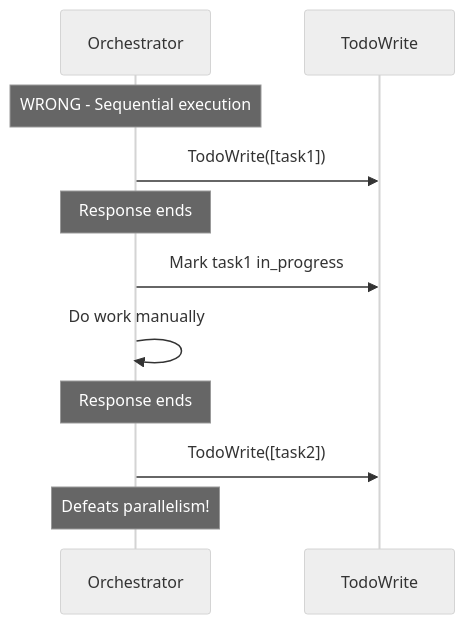
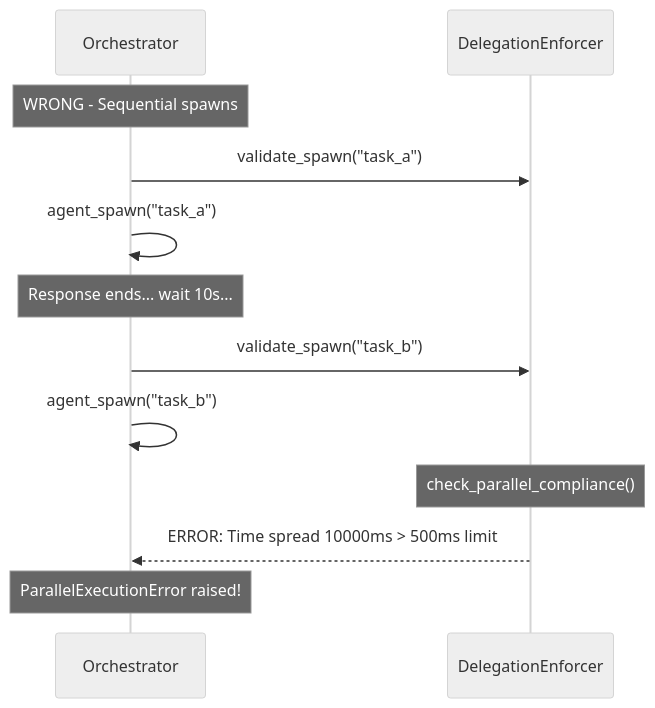
One commit to GratefulDave/stravinsky changed the fourth of 8 diagrams in docs/architecture/AGENT_ORCHESTRATION.md. Above: the diagram before and after it, drawn with Mermaid (neutral theme). The commit also changed other lines of this file and 30 other files, not shown here.

First line of the commit message:
docs: comprehensive architecture documentation update for 7-Phase Orchestrator

````diff
--- a/docs/architecture/AGENT_ORCHESTRATION.md
+++ b/docs/architecture/AGENT_ORCHESTRATION.md
@@ -98,17 +241,18 @@
 ```mermaid
 sequenceDiagram
     participant O as Orchestrator
-    participant T as TodoWrite
+    participant DE as DelegationEnforcer
 
-    Note over O: WRONG - Sequential execution
+    Note over O: WRONG - Sequential spawns
 
-    O->>T: TodoWrite([task1])
-    Note over O: Response ends
+    O->>DE: validate_spawn("task_a")
+    O->>O: agent_spawn("task_a")
+    Note over O: Response ends... wait 10s...
 
-    O->>T: Mark task1 in_progress
-    O->>O: Do work manually
-    Note over O: Response ends
+    O->>DE: validate_spawn("task_b")
+    O->>O: agent_spawn("task_b")
 
-    O->>T: TodoWrite([task2])
-    Note over O: Defeats parallelism!
+    Note over DE: check_parallel_compliance()
+    DE-->>O: ERROR: Time spread 10000ms > 500ms limit
+    Note over O: ParallelExecutionError raised!
 ```
````
